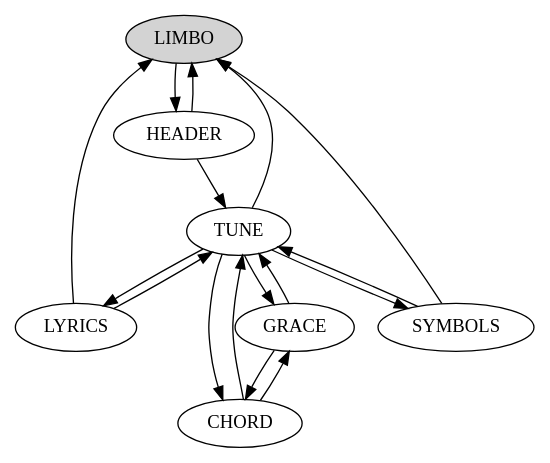
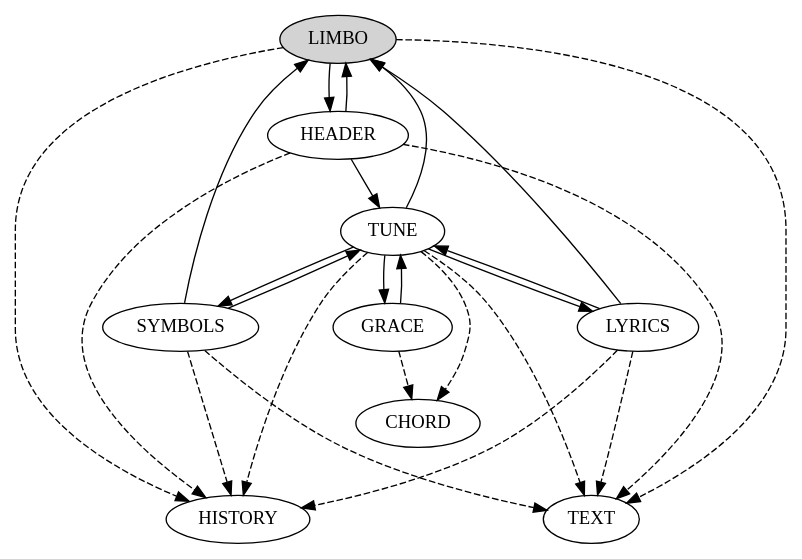
The diagram in doc/tech/states.gv (rdentato/abcp), drawn with Graphviz before and after one commit. The commit also changed 6 other files, not shown here.

```diff
--- a/doc/tech/states.gv
+++ b/doc/tech/states.gv
@@ -1,20 +1,48 @@
 digraph G {
+  mode = hier
+  
 	node [shape = ellipse]; LIMBO [style= filled];
 	node [shape = ellipse];
+	LIMBO -> HEADER  ;
 	HEADER -> LIMBO;
 	HEADER -> TUNE ;
-	LIMBO -> HEADER  ;
 	TUNE -> LYRICS ;
 	TUNE -> SYMBOLS ;
-	TUNE -> CHORD;
+	TUNE -> CHORD [style=dashed ];
 	TUNE -> GRACE;
 	TUNE -> LIMBO ;
 	LYRICS -> TUNE ;
 	LYRICS -> LIMBO ;
-	CHORD -> TUNE ;
-	CHORD -> GRACE  ;
+#	CHORD -> TUNE [style=dashed] ;
+#	CHORD -> GRACE [style=dashed] ;
+CHORD -> HISTORY [style=invis] ;
+CHORD -> TEXT [style=invis] ;
 	GRACE -> TUNE ;
-	GRACE -> CHORD  ;
+	GRACE -> CHORD  [style=dashed ] ;
 	SYMBOLS -> TUNE ;
 	SYMBOLS -> LIMBO ;
+	HEADER -> TEXT [style=dashed ];
+	LIMBO -> TEXT  [style=dashed];
+	TUNE -> TEXT [style=dashed];
+	LYRICS -> TEXT [style=dashed];
+	SYMBOLS -> TEXT [style=dashed];
+#	TEXT -> HEADER [style=dashed];
+#	TEXT -> LIMBO [style=dashed] ;
+#	TEXT -> TUNE [style=dashed];
+#	TEXT -> LYRICS [style=dashed];
+#	TEXT -> SYMBOLS [style=dashed];
+
+	HEADER -> HISTORY  [style=dashed];
+	LIMBO -> HISTORY  [style=dashed] ;
+	TUNE -> HISTORY [style=dashed] ;
+	LYRICS -> HISTORY  [style=dashed];
+	SYMBOLS -> HISTORY [style=dashed ] ;
+#	HISTORY -> HEADER [style=dashed];
+#	HISTORY -> LIMBO [style=dashed] ;
+#	HISTORY -> TUNE [style=dashed];
+#	HISTORY -> LYRICS [style=dashed];
+#	HISTORY -> SYMBOLS [style=dashed];
+	
+	overlap=false
+  sep = 1.5
 }
```
